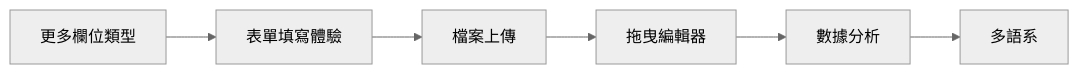
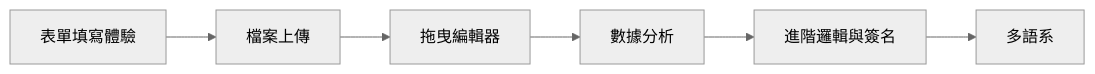
One commit to cagoooo/form changed the diagram in ROADMAP.md. Above: the diagram before and after it, drawn with Mermaid (neutral theme). The commit also changed other lines of this file and 12 other files, not shown here.

````diff
--- a/ROADMAP.md
+++ b/ROADMAP.md
@@ -221,8 +199,8 @@
 ```mermaid
 graph LR
-    A[更多欄位類型] --> B[表單填寫體驗]
-    B --> C[檔案上傳]
-    C --> D[拖曳編輯器]
-    D --> E[數據分析]
+    A[表單填寫體驗] --> B[檔案上傳]
+    B --> C[拖曳編輯器]
+    C --> D[數據分析]
+    D --> E[進階邏輯與簽名]
     E --> F[多語系]
 ```
````
